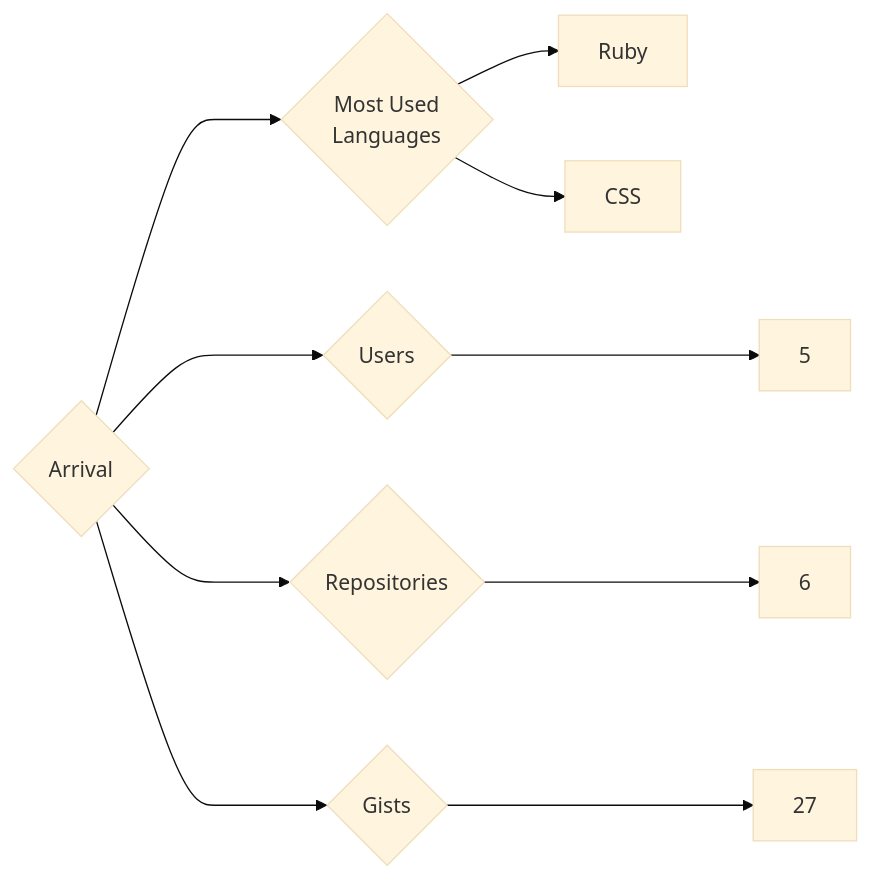
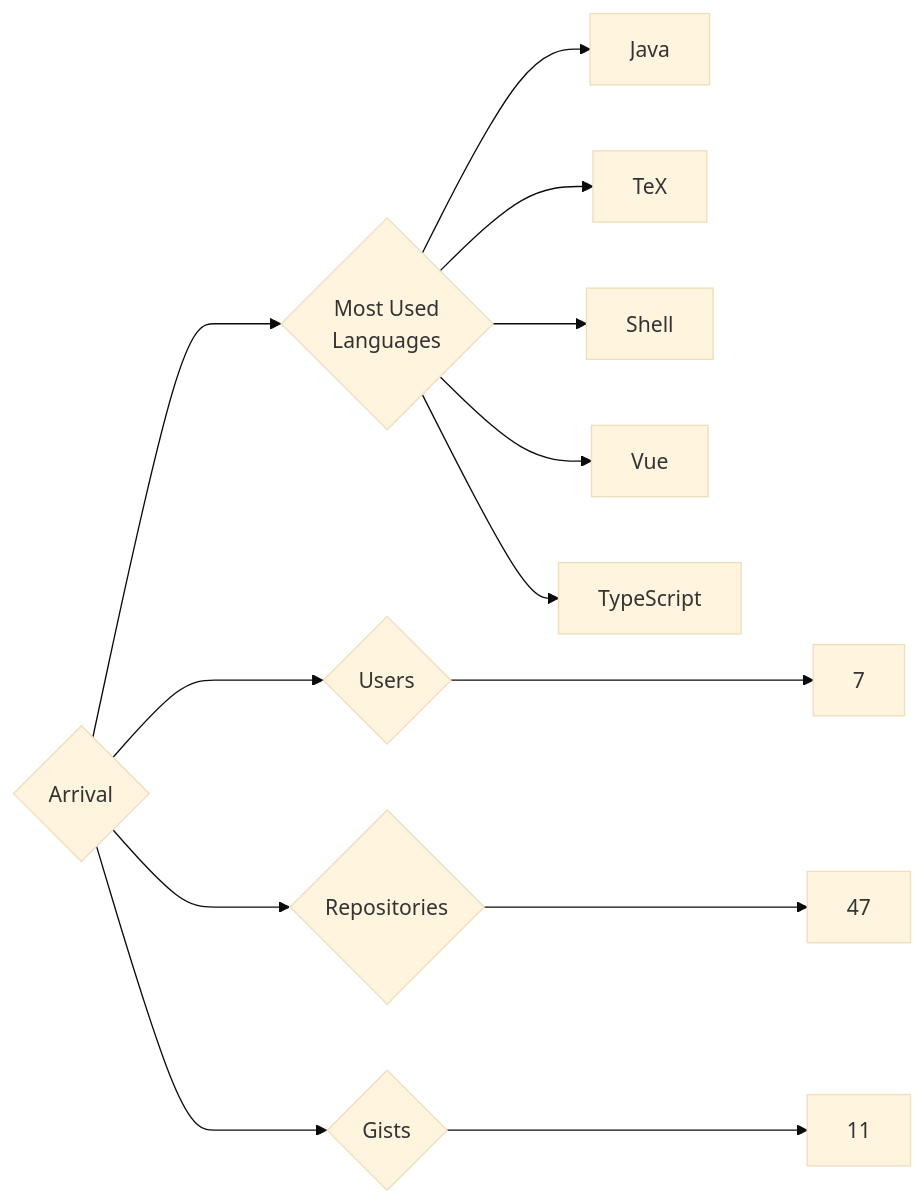
Before and after one commit to trickest/insiders: the diagram in targets/Arrival/README.md, drawn with Mermaid (base theme). The commit also changed 1123 other files, not shown here.

````diff
--- a/targets/Arrival/README.md
+++ b/targets/Arrival/README.md
@@ -3,10 +3,13 @@
 ```mermaid
 graph LR
 COMPANY_NAME{Arrival}
-COMPANY_NAME ---> U{Users} ---> UN[5]
-COMPANY_NAME ---> R{Repositories} ---> RN[6]
-COMPANY_NAME ---> G{Gists} ---> GN[27]
+COMPANY_NAME ---> U{Users} ---> UN[7]
+COMPANY_NAME ---> R{Repositories} ---> RN[47]
+COMPANY_NAME ---> G{Gists} ---> GN[11]
 COMPANY_NAME ---> ML{Most Used<br>Languages}
-ML --> Ruby[Ruby]
-ML --> CSS[CSS]
+ML --> Java[Java]
+ML --> TeX[TeX]
+ML --> Shell[Shell]
+ML --> Vue[Vue]
+ML --> TypeScript[TypeScript]
 ```
````
